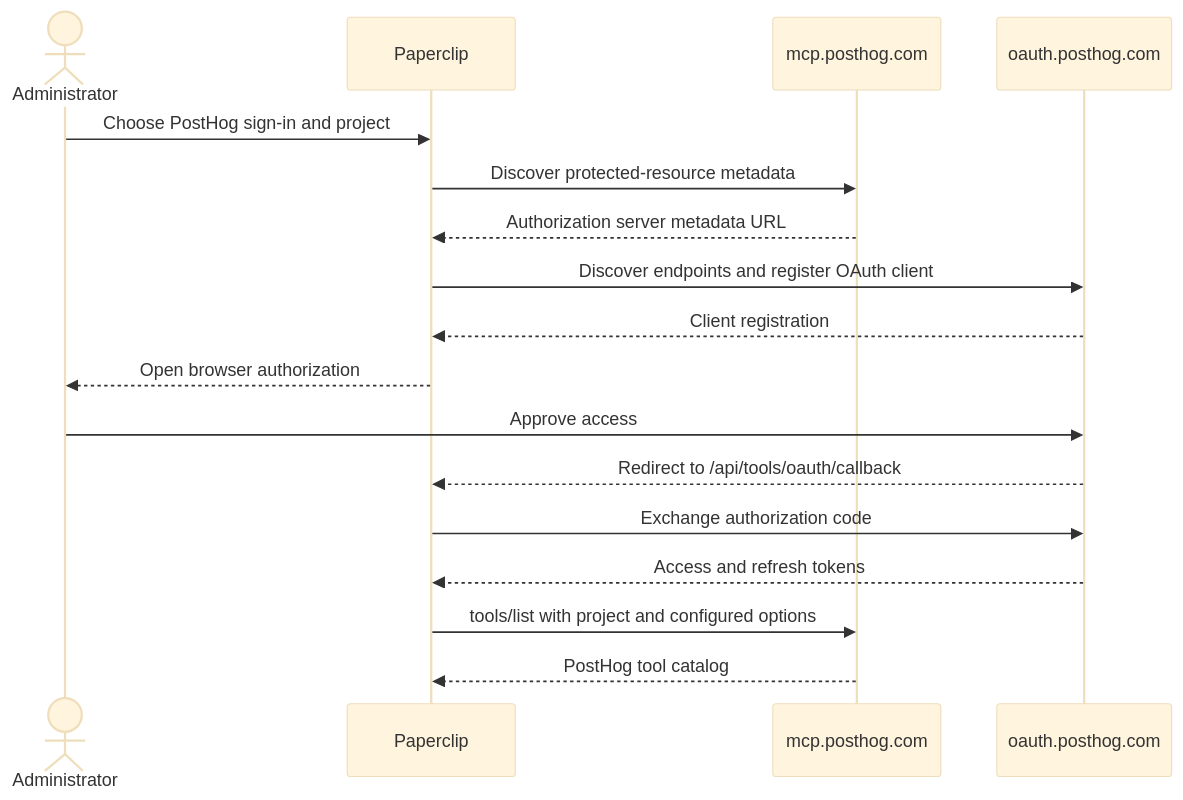
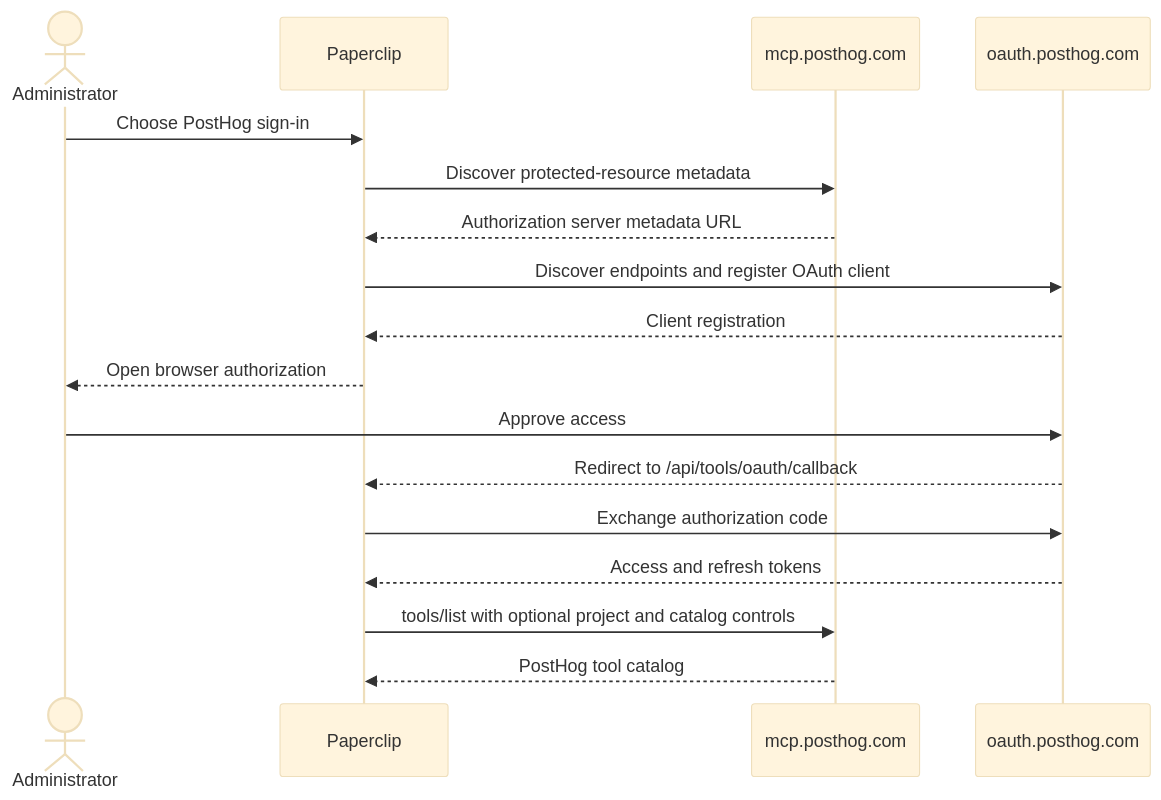
Before and after one commit to Antman1526/paperclip: the diagram in doc/connections/POSTHOG.md, drawn with Mermaid (base theme). The commit also changed other lines of this file and 47 other files, not shown here.

````diff
--- a/doc/connections/POSTHOG.md
+++ b/doc/connections/POSTHOG.md
@@ -29,20 +34,20 @@
 ```mermaid
 sequenceDiagram
     actor A as Administrator
     participant P as Paperclip
     participant M as mcp.posthog.com
     participant O as oauth.posthog.com
 
-    A->>P: Choose PostHog sign-in and project
+    A->>P: Choose PostHog sign-in
     P->>M: Discover protected-resource metadata
     M-->>P: Authorization server metadata URL
     P->>O: Discover endpoints and register OAuth client
     O-->>P: Client registration
     P-->>A: Open browser authorization
     A->>O: Approve access
     O-->>P: Redirect to /api/tools/oauth/callback
     P->>O: Exchange authorization code
     O-->>P: Access and refresh tokens
-    P->>M: tools/list with project and configured options
+    P->>M: tools/list with optional project and catalog controls
     M-->>P: PostHog tool catalog
 ```
````
